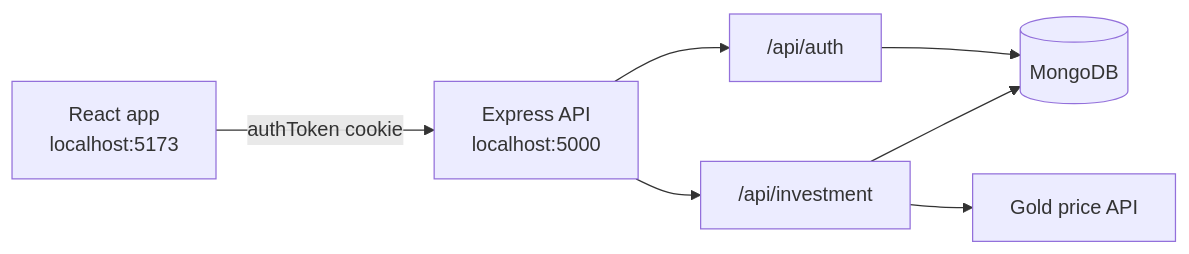
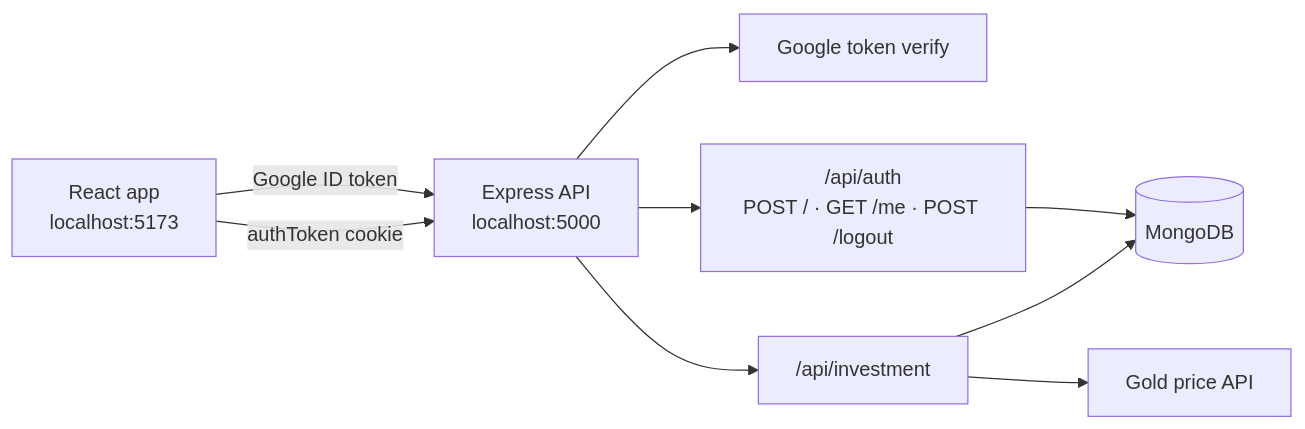
Before and after one commit to itskaushikverma/Gold-Tracker: the diagram in README.md, drawn with Mermaid. The commit also changed other lines of this file and 55 other files, not shown here.

````diff
--- a/README.md
+++ b/README.md
@@ -97,9 +99,11 @@
 ```mermaid
 flowchart LR
-  Browser["React app<br/>localhost:5173"] -->|authToken cookie| API["Express API<br/>localhost:5000"]
-  API --> Auth["/api/auth"]
+  Browser["React app<br/>localhost:5173"] -->|Google ID token| API["Express API<br/>localhost:5000"]
+  Browser -->|authToken cookie| API
+  API --> Google["Google token verify"]
+  API --> Auth["/api/auth<br/>POST / · GET /me · POST /logout"]
   API --> Investments["/api/investment"]
   Auth --> Mongo[(MongoDB)]
   Investments --> Mongo
   Investments --> Gold["Gold price API"]
 ```
````
